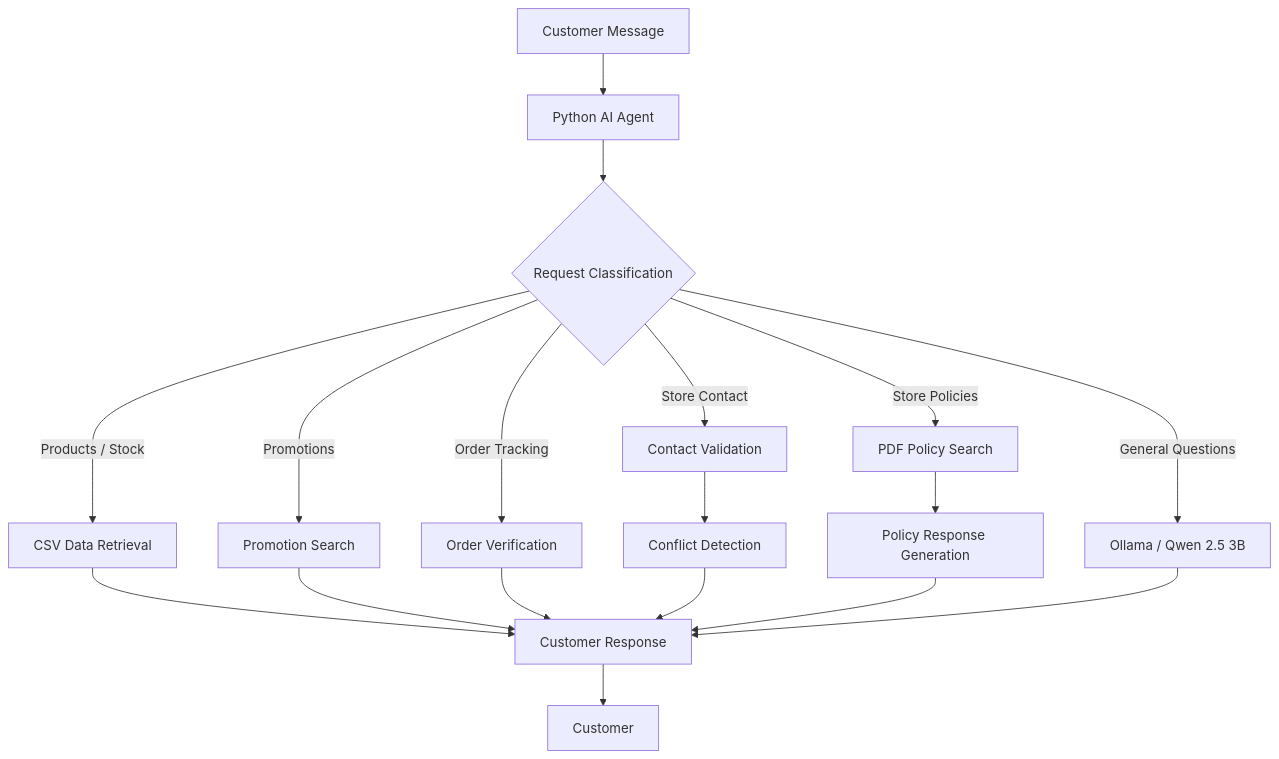
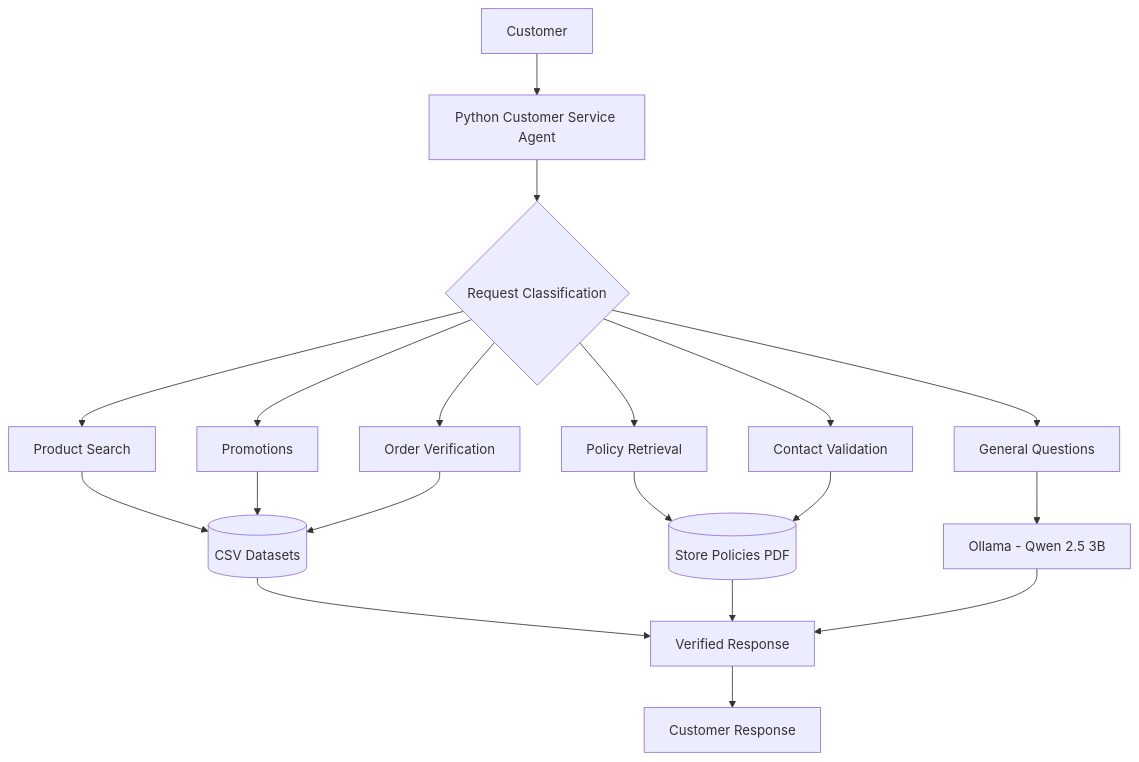
The diagram in README.md (lucasml10/emporio-da-musica-ai-agent), drawn with Mermaid before and after one commit. The commit also changed other lines of this file and 2 other files, not shown here.

Commit message:
Update README, improve agent and add system screenshot

````diff
--- a/README.md
+++ b/README.md
@@ -46,23 +48,25 @@
 ```mermaid
 flowchart TD
-    A["Customer Message"] --> B["Python AI Agent"]
-    B --> C{"Request Classification"}
+    A[Customer] --> B[Python Customer Service Agent]
+    B --> C{Request Classification}
 
-    C -->|"Products / Stock"| D["CSV Data Retrieval"]
-    C -->|"Promotions"| E["Promotion Search"]
-    C -->|"Order Tracking"| F["Order Verification"]
-    C -->|"Store Contact"| G["Contact Validation"]
-    C -->|"Store Policies"| H["PDF Policy Search"]
-    C -->|"General Questions"| I["Ollama / Qwen 2.5 3B"]
+    C --> D[Product Search]
+    C --> E[Promotions]
+    C --> F[Order Verification]
+    C --> G[Policy Retrieval]
+    C --> H[Contact Validation]
+    C --> I[General Questions]
 
-    G --> J["Conflict Detection"]
-    H --> K["Policy Response Generation"]
-    D --> L["Customer Response"]
-    E --> L
-    F --> L
-    J --> L
-    K --> L
-    I --> L
+    D --> J[(CSV Datasets)]
+    E --> J
+    F --> J
+    G --> K[(Store Policies PDF)]
+    H --> K
+    I --> L[Ollama - Qwen 2.5 3B]
 
-    L --> M["Customer"]
+    J --> M[Verified Response]
+    K --> M
+    L --> M
+
+    M --> N[Customer Response]
 ```
````
